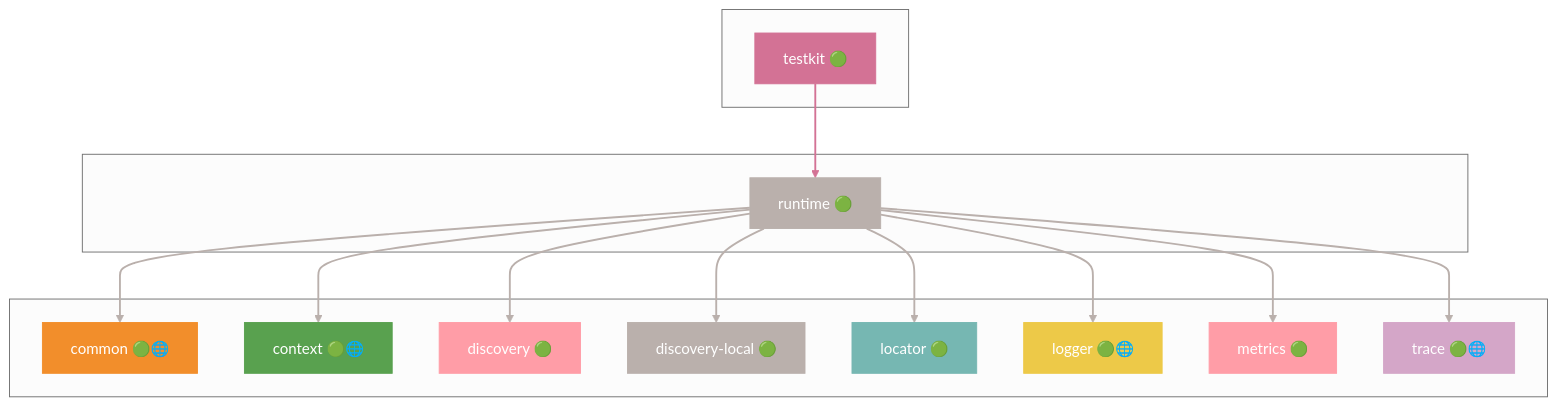
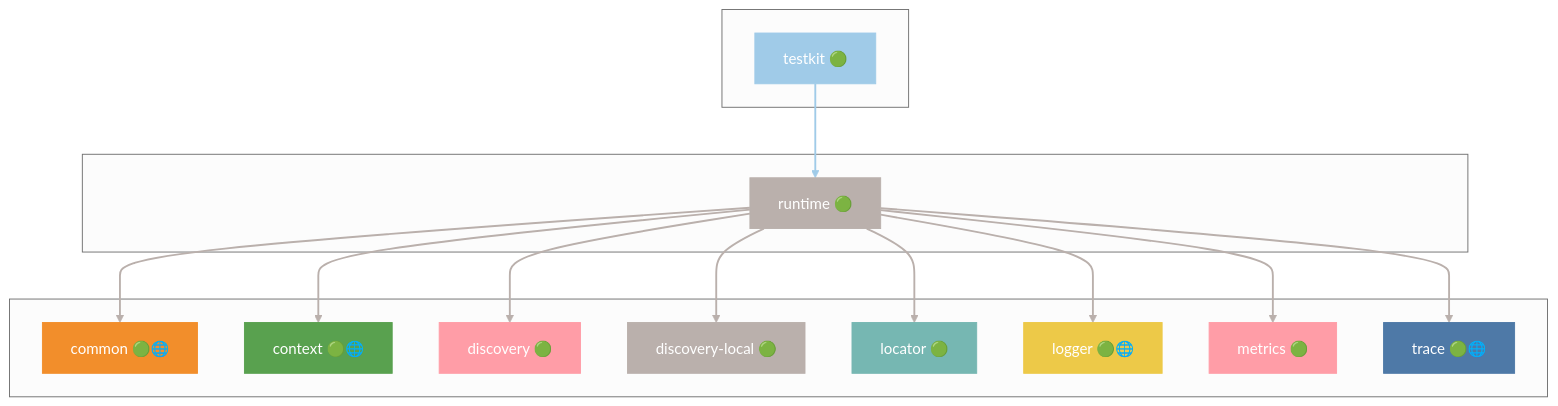
Before and after one commit to grest-ts/grest-ts: diagram 29 of 41 in docs/DEPENDENCIES.md, drawn with Mermaid (neutral theme). The commit also changed other lines of this file and 31 other files, not shown here.

````diff
--- a/docs/DEPENDENCIES.md
+++ b/docs/DEPENDENCIES.md
@@ -1413,47 +1415,47 @@
 ```mermaid
 flowchart TB
     subgraph Dependents[" "]
         testkit["testkit 🟢"]
     end
     subgraph Package[" "]
         runtime["runtime 🟢"]
     end
     subgraph Dependencies[" "]
         common["common 🟢🌐"]
         context["context 🟢🌐"]
         discovery["discovery 🟢"]
         discovery-local["discovery-local 🟢"]
         locator["locator 🟢"]
         logger["logger 🟢🌐"]
         metrics["metrics 🟢"]
         trace["trace 🟢🌐"]
     end
     testkit --> runtime
     runtime --> common
     runtime --> context
     runtime --> discovery
     runtime --> discovery-local
     runtime --> locator
     runtime --> logger
     runtime --> metrics
     runtime --> trace
     style runtime fill:#BAB0AC,stroke:#BAB0AC,color:#fff
-    style testkit fill:#D37295,stroke:#D37295,color:#fff
+    style testkit fill:#A0CBE8,stroke:#A0CBE8,color:#fff
     style common fill:#F28E2B,stroke:#F28E2B,color:#fff
     style context fill:#59A14F,stroke:#59A14F,color:#fff
     style discovery fill:#FF9DA7,stroke:#FF9DA7,color:#fff
     style discovery-local fill:#BAB0AC,stroke:#BAB0AC,color:#fff
     style locator fill:#76B7B2,stroke:#76B7B2,color:#fff
     style logger fill:#EDC948,stroke:#EDC948,color:#fff
     style metrics fill:#FF9DA7,stroke:#FF9DA7,color:#fff
-    style trace fill:#D4A6C8,stroke:#D4A6C8,color:#fff
-    linkStyle 0 stroke:#D37295,stroke-width:2px
+    style trace fill:#4E79A7,stroke:#4E79A7,color:#fff
+    linkStyle 0 stroke:#A0CBE8,stroke-width:2px
     linkStyle 1 stroke:#BAB0AC,stroke-width:2px
     linkStyle 2 stroke:#BAB0AC,stroke-width:2px
     linkStyle 3 stroke:#BAB0AC,stroke-width:2px
     linkStyle 4 stroke:#BAB0AC,stroke-width:2px
     linkStyle 5 stroke:#BAB0AC,stroke-width:2px
     linkStyle 6 stroke:#BAB0AC,stroke-width:2px
     linkStyle 7 stroke:#BAB0AC,stroke-width:2px
     linkStyle 8 stroke:#BAB0AC,stroke-width:2px
 ```
````
